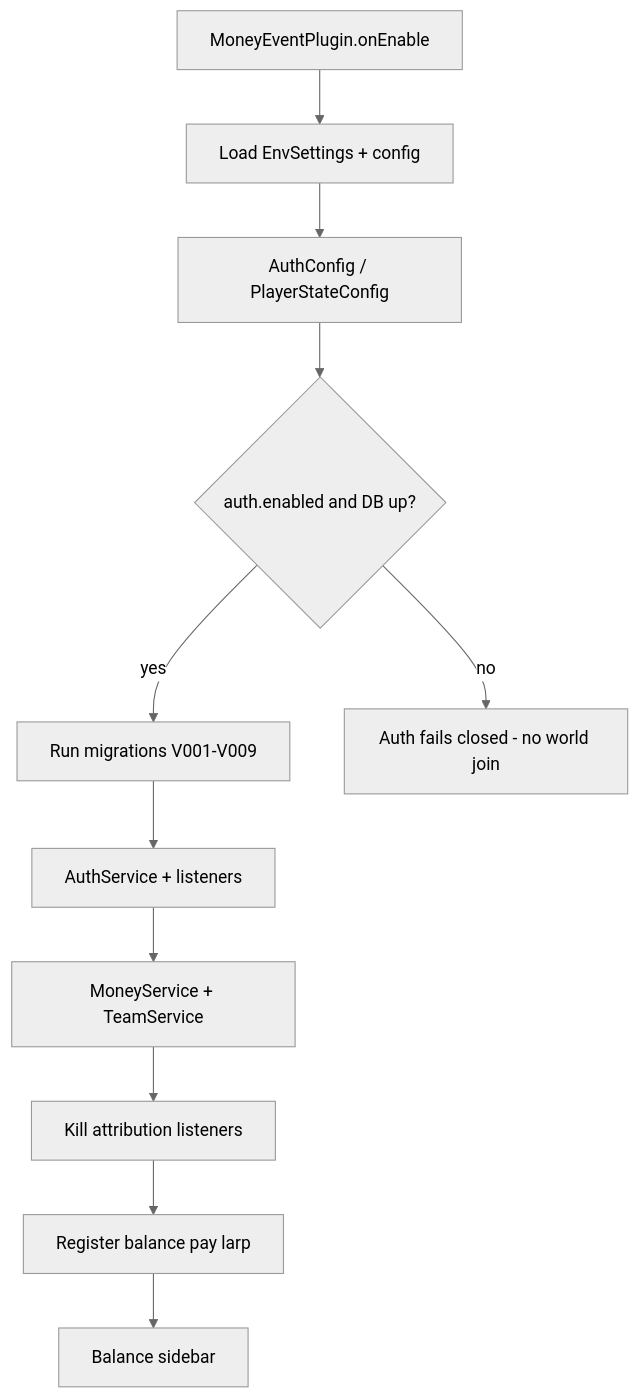
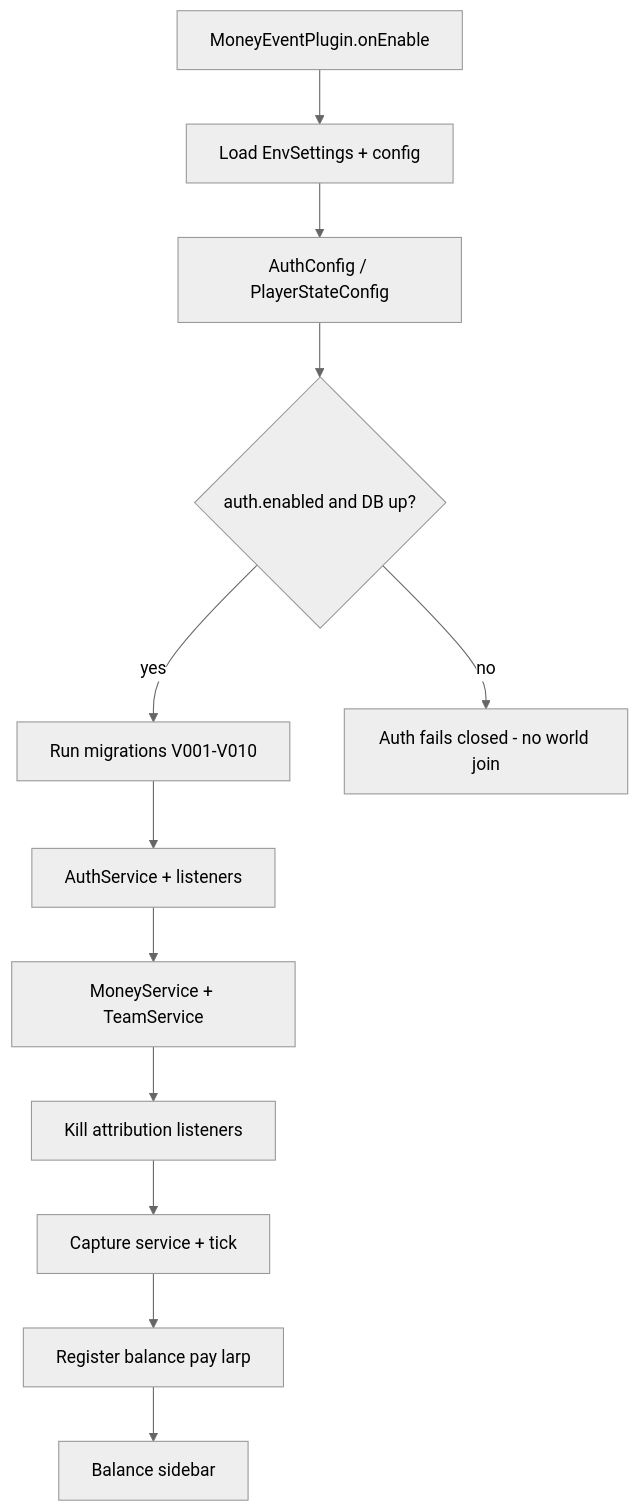
One commit to MyselfGoose/larpsmp changed the diagram in documentation/03-architecture/system-overview.md. Above: the diagram before and after it, drawn with Mermaid (neutral theme). The commit also changed other lines of this file and 37 other files, not shown here.

````diff
--- a/documentation/03-architecture/system-overview.md
+++ b/documentation/03-architecture/system-overview.md
@@ -42,18 +43,19 @@
 ```mermaid
 flowchart TD
   enable[MoneyEventPlugin.onEnable]
   env[Load EnvSettings + config]
   authCfg[AuthConfig / PlayerStateConfig]
   db{auth.enabled and DB up?}
-  migrate[Run migrations V001-V009]
+  migrate[Run migrations V001-V010]
   authSvc[AuthService + listeners]
   money[MoneyService + TeamService]
   combat[Kill attribution listeners]
+  capture[Capture service + tick]
   cmds[Register balance pay larp]
   sidebar[Balance sidebar]
   fail[Auth fails closed - no world join]
 
   enable --> env --> authCfg --> db
-  db -->|yes| migrate --> authSvc --> money --> combat --> cmds --> sidebar
+  db -->|yes| migrate --> authSvc --> money --> combat --> capture --> cmds --> sidebar
   db -->|no| fail
 ```
````
